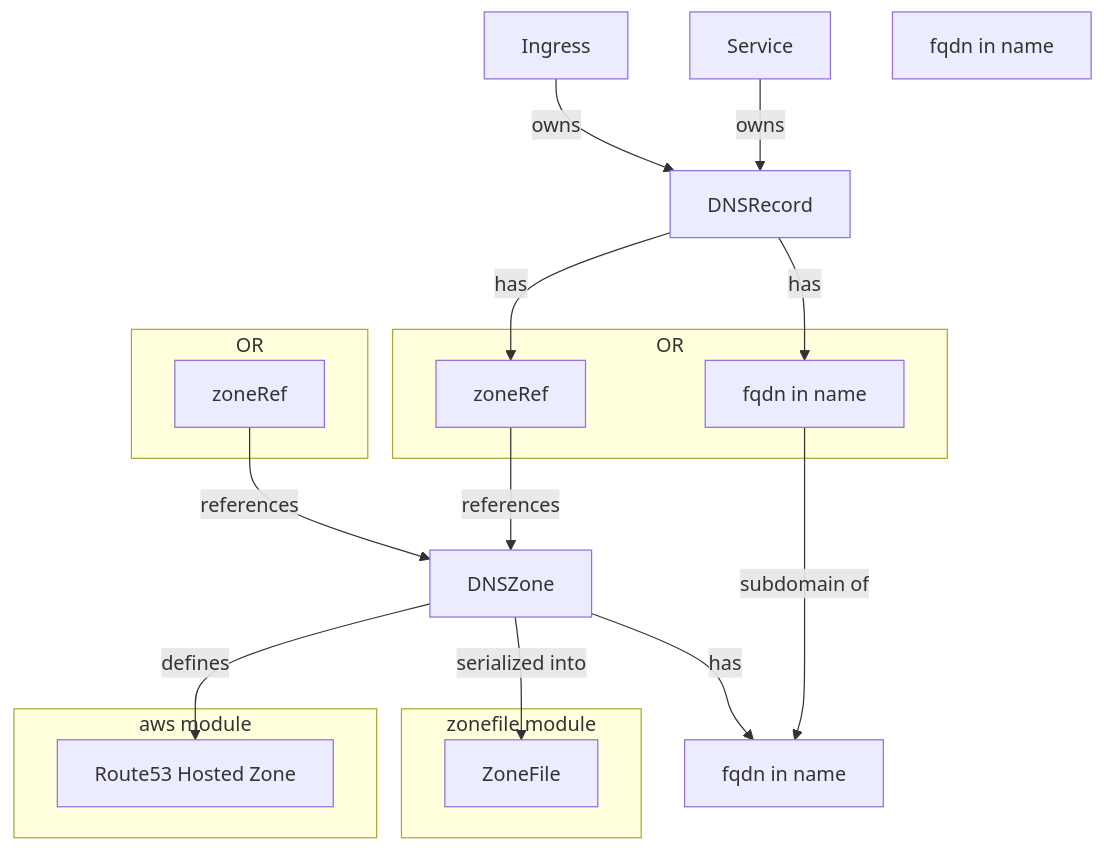
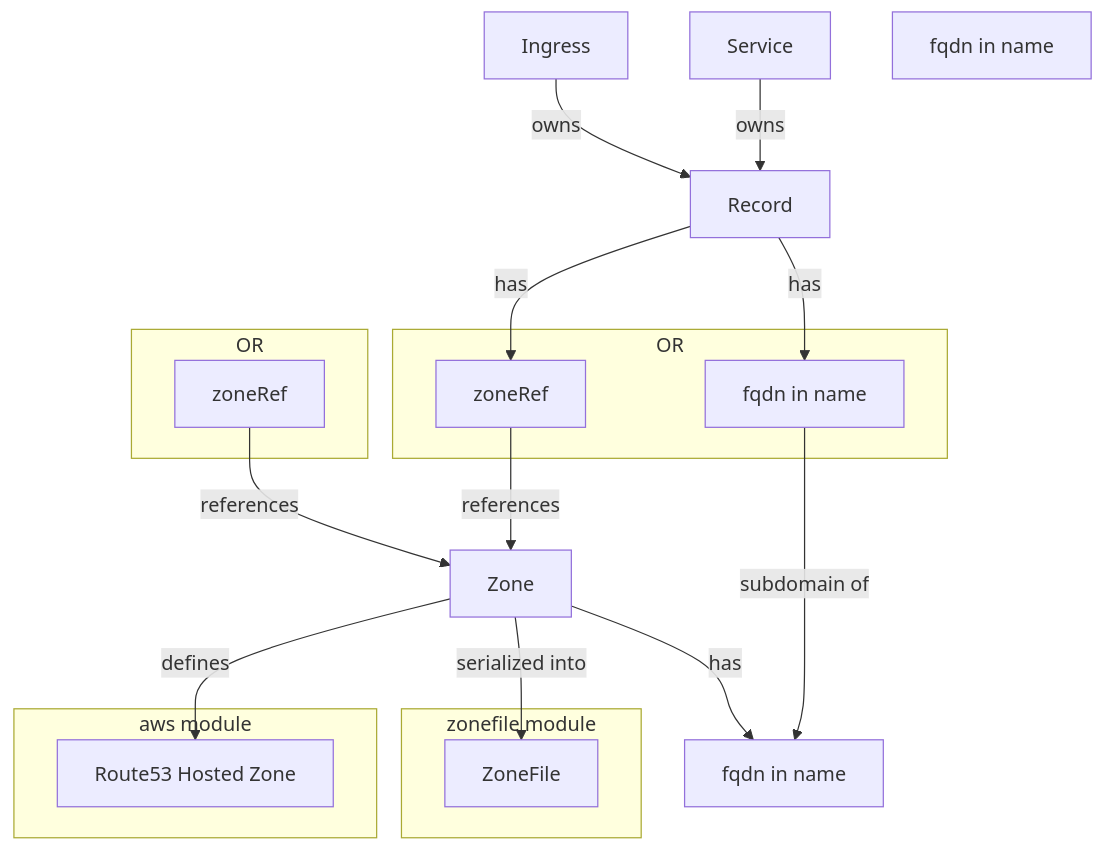
One commit to kubi-zone/kubi.zone changed the diagram in README.md. Above: the diagram before and after it, drawn with Mermaid. The commit also changed 10 other files, not shown here.

````diff
--- a/README.md
+++ b/README.md
@@ -3,27 +3,27 @@
 ```mermaid
 flowchart TD
-    Service-- owns -->DNSRecord
-    Ingress-- owns -->DNSRecord
+    Service-- owns -->Record
+    Ingress-- owns -->Record
     RecordName-- subdomain of -->ZoneName1
-    DNSRecord-- has -->RecordName["fqdn in name"]
-    DNSRecord-- has -->ZoneRef1
+    Record-- has -->RecordName["fqdn in name"]
+    Record-- has -->ZoneRef1
     subgraph OR1[OR]
         ZoneRef1[zoneRef]
         RecordName
     end
-    ZoneRef1-- references --> DNSZone
-    ZoneRef2-- references --> DNSZone
-    DNSZone-- has -->ZoneName1["fqdn in name"]
+    ZoneRef1-- references --> Zone
+    ZoneRef2-- references --> Zone
+    Zone-- has -->ZoneName1["fqdn in name"]
     ZoneName2["fqdn in name"]
     subgraph OR2[OR]
         ZoneRef2[zoneRef]
     end
-    DNSZone-- serialized into -->ZoneFile
-    DNSZone-- defines -->Route53
+    Zone-- serialized into -->ZoneFile
+    Zone-- defines -->Route53
     subgraph zonefile module
         ZoneFile
     end
     subgraph aws module
         Route53[Route53 Hosted Zone]
     end
 ```
````
